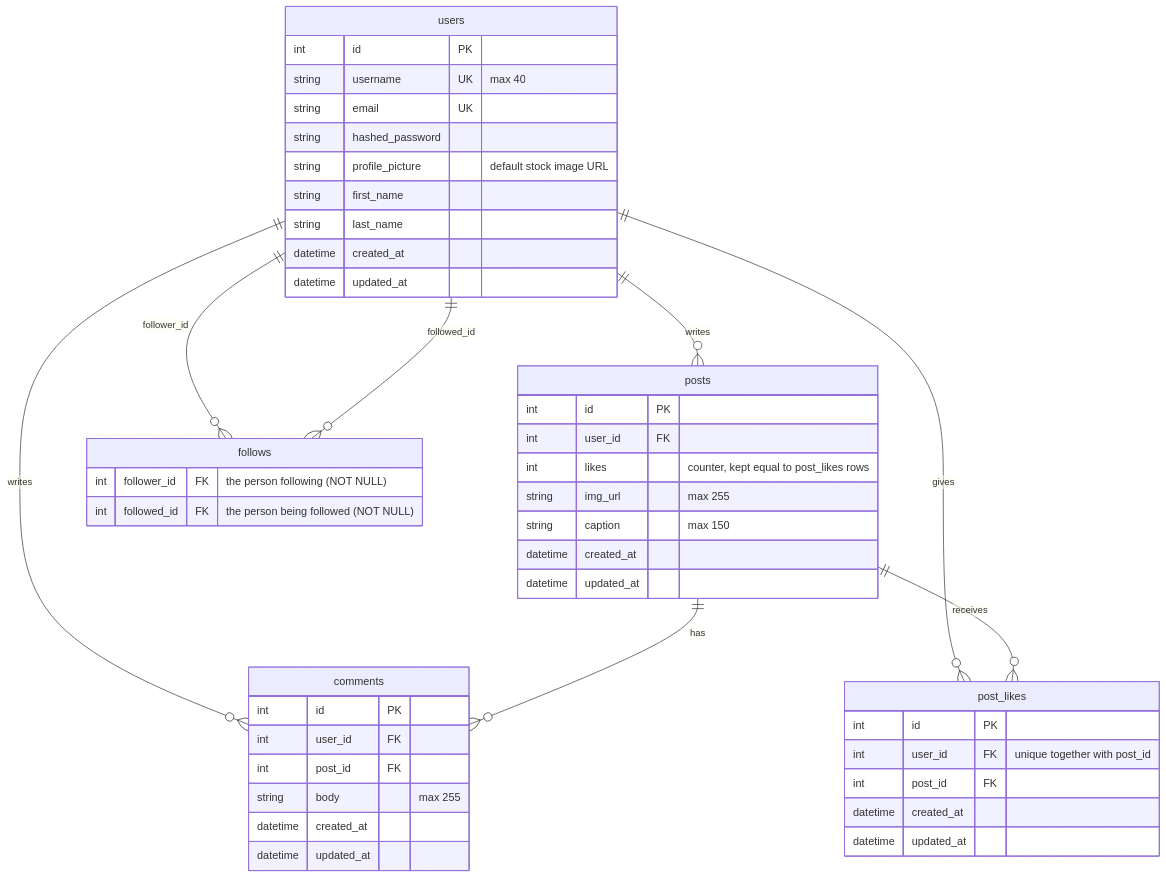
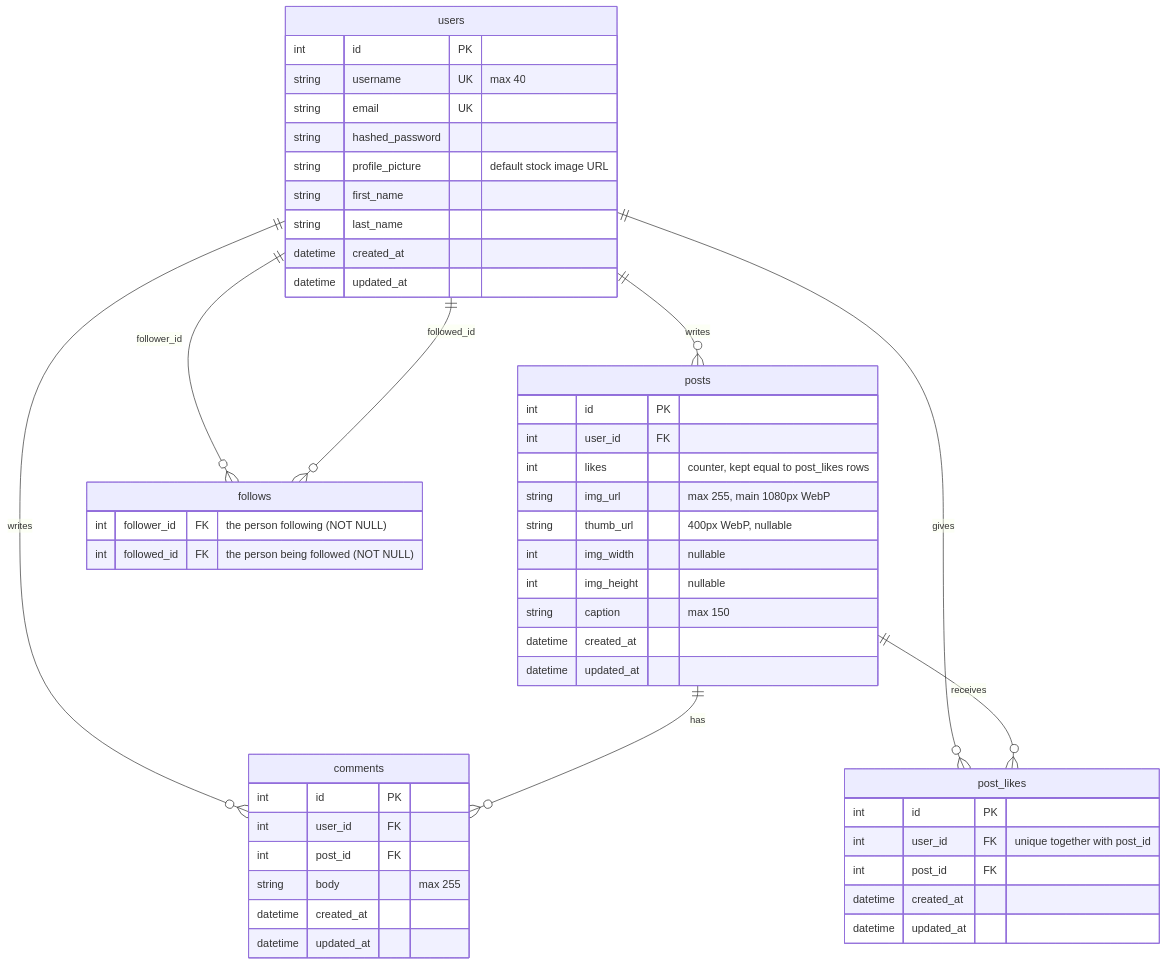
One commit to tyler-tor/PostPix changed the second of 4 diagrams in docs/WALKTHROUGH.md. Above: the diagram before and after it, drawn with Mermaid. The commit also changed other lines of this file and 1 other file, not shown here.

````diff
--- a/docs/WALKTHROUGH.md
+++ b/docs/WALKTHROUGH.md
@@ -238,50 +250,53 @@
 ```mermaid
 erDiagram
     users ||--o{ posts : "writes"
     users ||--o{ comments : "writes"
     posts ||--o{ comments : "has"
     users ||--o{ post_likes : "gives"
     posts ||--o{ post_likes : "receives"
     users ||--o{ follows : "follower_id"
     users ||--o{ follows : "followed_id"
 
     users {
         int id PK
         string username UK "max 40"
         string email UK
         string hashed_password
         string profile_picture "default stock image URL"
         string first_name
         string last_name
         datetime created_at
         datetime updated_at
     }
     posts {
         int id PK
         int user_id FK
         int likes "counter, kept equal to post_likes rows"
-        string img_url "max 255"
+        string img_url "max 255, main 1080px WebP"
+        string thumb_url "400px WebP, nullable"
+        int img_width "nullable"
+        int img_height "nullable"
         string caption "max 150"
         datetime created_at
         datetime updated_at
     }
     comments {
         int id PK
         int user_id FK
         int post_id FK
         string body "max 255"
         datetime created_at
         datetime updated_at
     }
     post_likes {
         int id PK
         int user_id FK "unique together with post_id"
         int post_id FK
         datetime created_at
         datetime updated_at
     }
     follows {
         int follower_id FK "the person following (NOT NULL)"
         int followed_id FK "the person being followed (NOT NULL)"
     }
 ```
````
